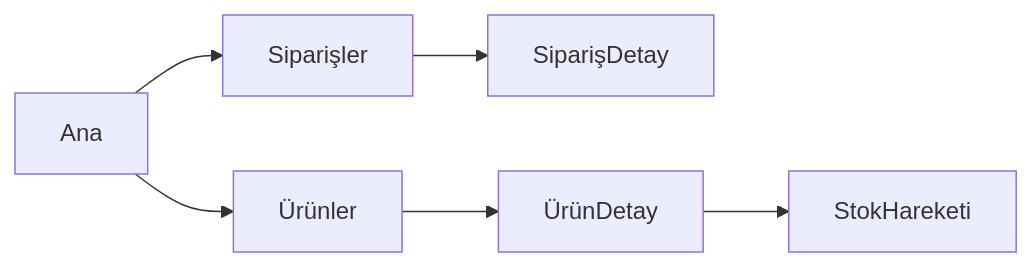
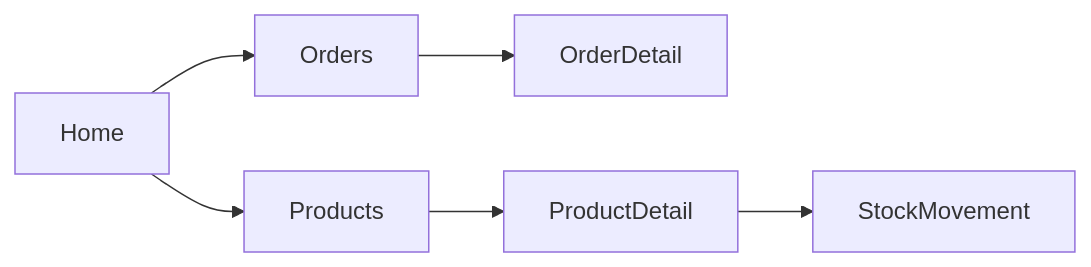
The diagram in .claude/agents/ux-designer.md (bturksoy/claude-code-app-studio), drawn with Mermaid before and after one commit. The commit also changed other lines of this file and 87 other files, not shown here.

````diff
--- a/.claude/agents/ux-designer.md
+++ b/.claude/agents/ux-designer.md
@@ -26,5 +27,5 @@
 ```mermaid
 flowchart LR
-  Ana --> Siparişler --> SiparişDetay
-  Ana --> Ürünler --> ÜrünDetay --> StokHareketi
+  Home --> Orders --> OrderDetail
+  Home --> Products --> ProductDetail --> StockMovement
 ```
````
